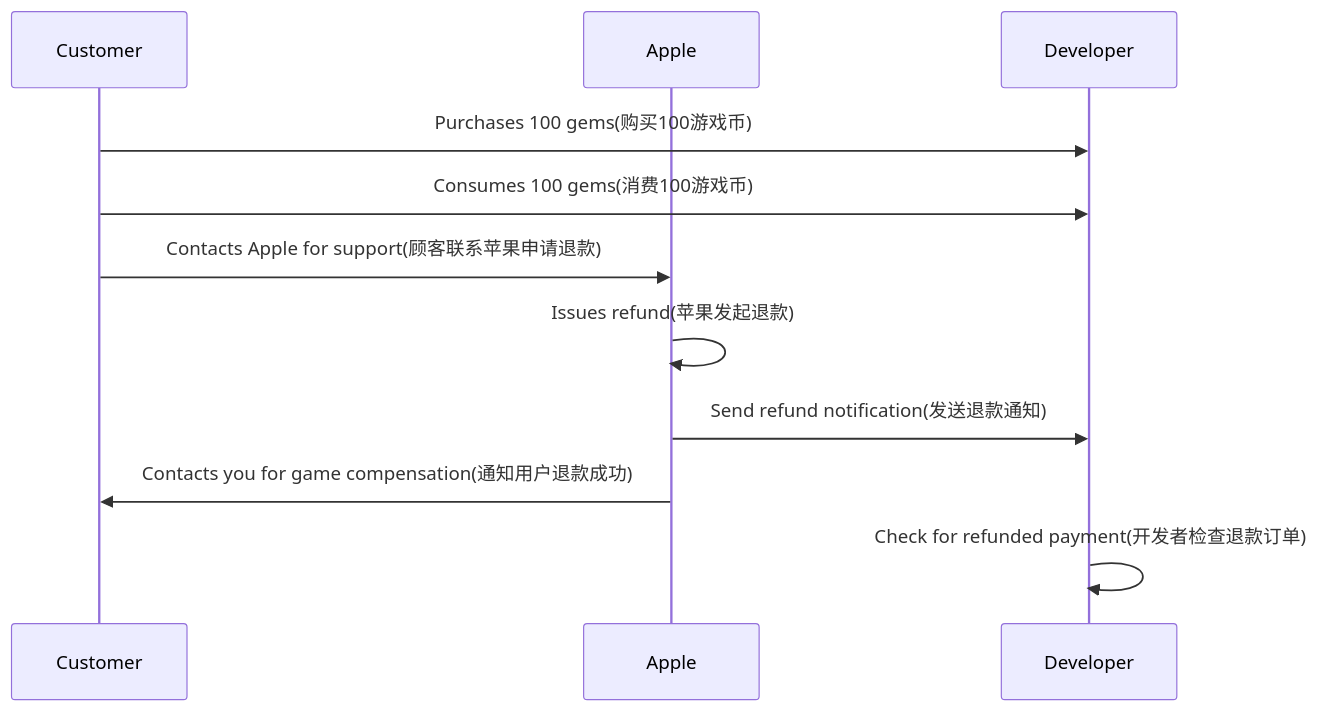
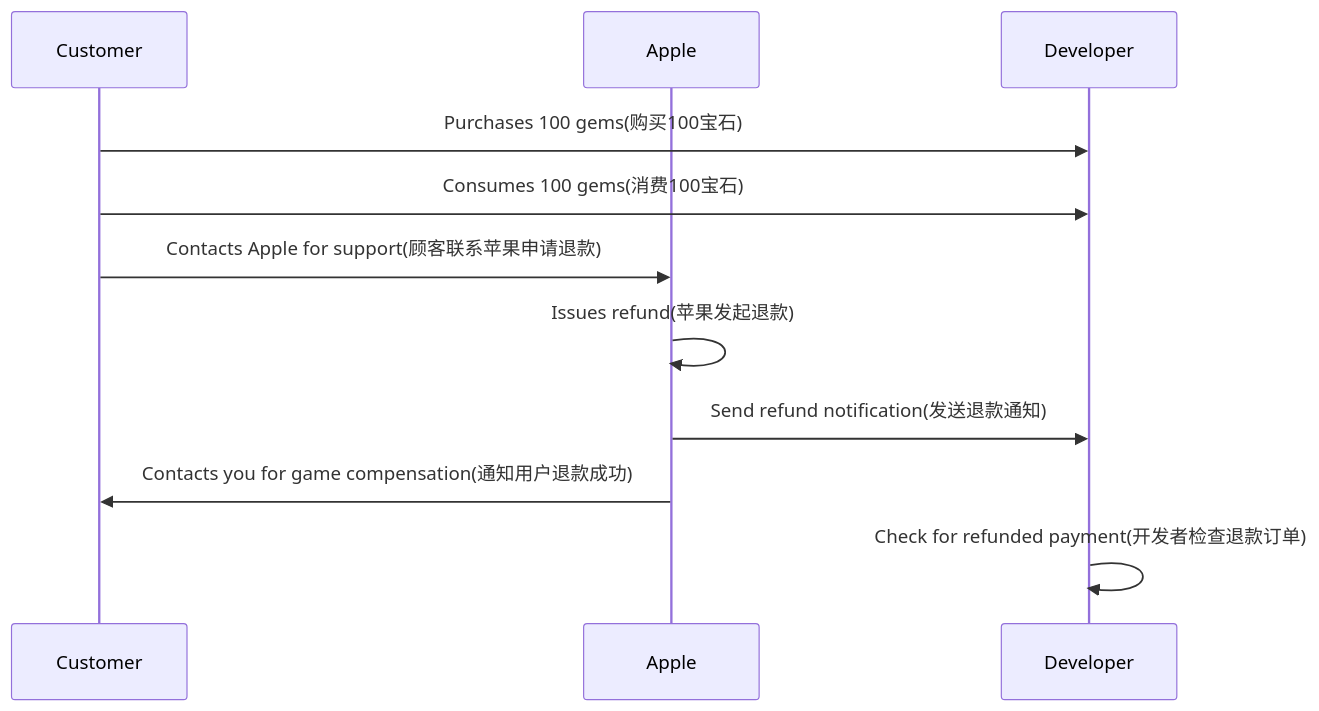
Before and after one commit to liushoukai/liushoukai.github.io: the second of 2 diagrams in _posts/2020-06-22-appstore-in-app-purchase.md, drawn with Mermaid. The commit also changed other lines of this file, not shown here.

```diff
--- a/_posts/2020-06-22-appstore-in-app-purchase.md
+++ b/_posts/2020-06-22-appstore-in-app-purchase.md
@@ -352,13 +363,13 @@
 <div class="mermaid">
 sequenceDiagram
 	participant Customer
 	participant Apple
 	participant Developer
-	Customer->>Developer: Purchases 100 gems(购买100游戏币)
-	Customer->>Developer: Consumes 100 gems(消费100游戏币)
+	Customer->>Developer: Purchases 100 gems(购买100宝石)
+	Customer->>Developer: Consumes 100 gems(消费100宝石)
 	Customer->>Apple: Contacts Apple for support(顾客联系苹果申请退款)
 	Apple->>Apple: Issues refund(苹果发起退款)
 	Apple->>Developer: Send refund notification(发送退款通知)
 	Apple->>Customer: Contacts you for game compensation(通知用户退款成功)
 	Developer->>Developer: Check for refunded payment(开发者检查退款订单)
 </div>
```
